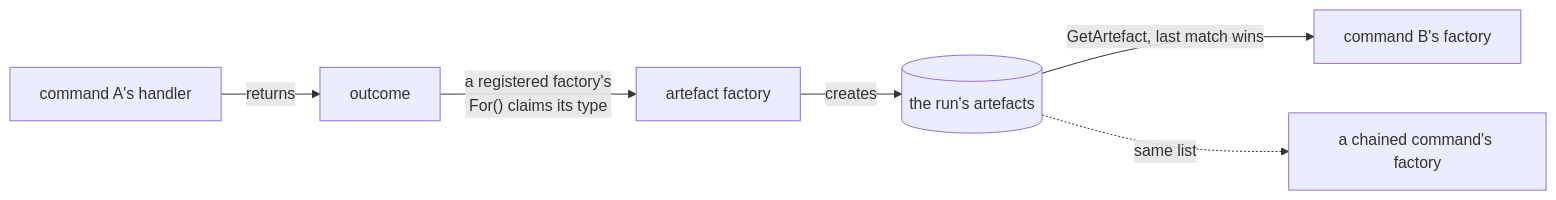
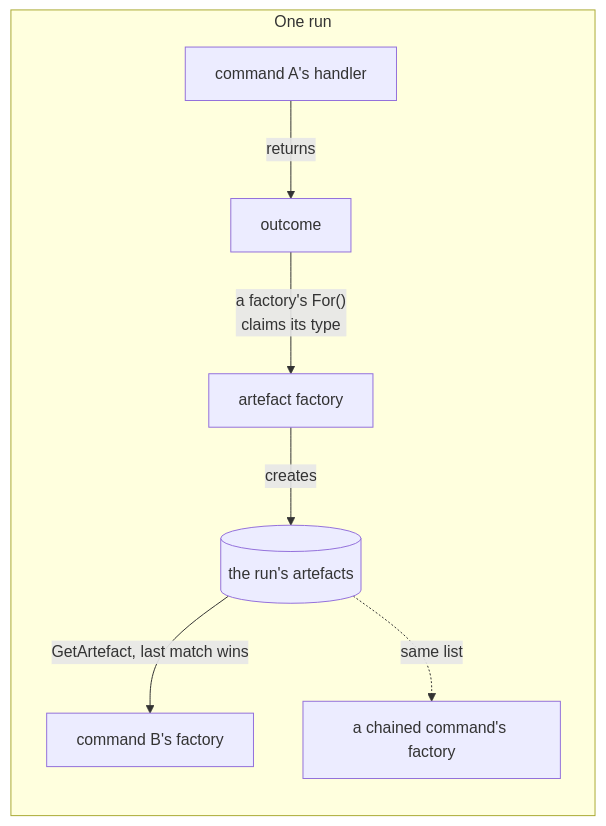
The diagram in docs/concepts/artefacts.md (KitCli/KitCli), drawn with Mermaid before and after one commit. The commit also changed other lines of this file and 12 other files, not shown here.

Commit message:
docs: restyle the concept docs around diagrams, code and tables

````diff
--- a/docs/concepts/artefacts.md
+++ b/docs/concepts/artefacts.md
@@ -30,8 +20,10 @@
 ```mermaid
 flowchart LR
-    H["command A's handler"] -->|returns| O["outcome"]
-    O -->|"a registered factory's<br/>For() claims its type"| AF["artefact factory"]
-    AF -->|creates| L[("the run's artefacts")]
-    L -->|"GetArtefact, last match wins"| B["command B's factory"]
-    L -.->|"same list"| C["a chained command's factory"]
+    subgraph R["One run"]
+        H["command A's handler"] -->|returns| O["outcome"]
+        O -->|"a factory's For()<br/>claims its type"| AF["artefact factory"]
+        AF -->|creates| L[("the run's artefacts")]
+        L -->|"GetArtefact, last match wins"| B["command B's factory"]
+        L -.->|"same list"| C["a chained command's factory"]
+    end
 ```
````
